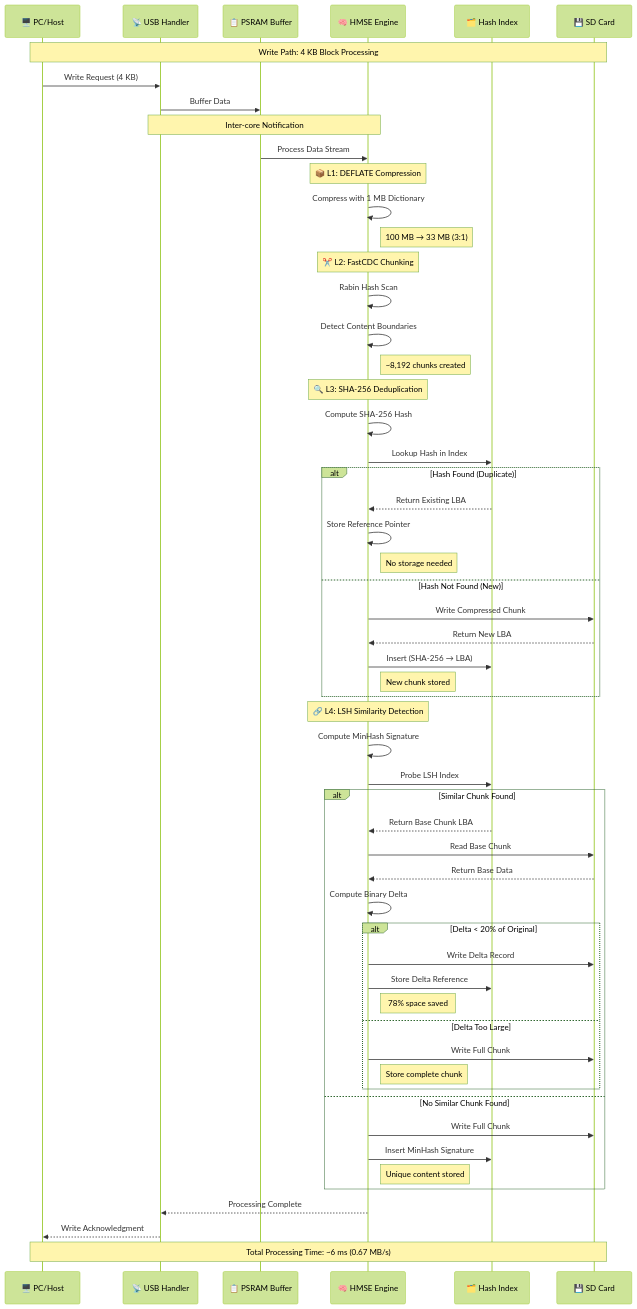
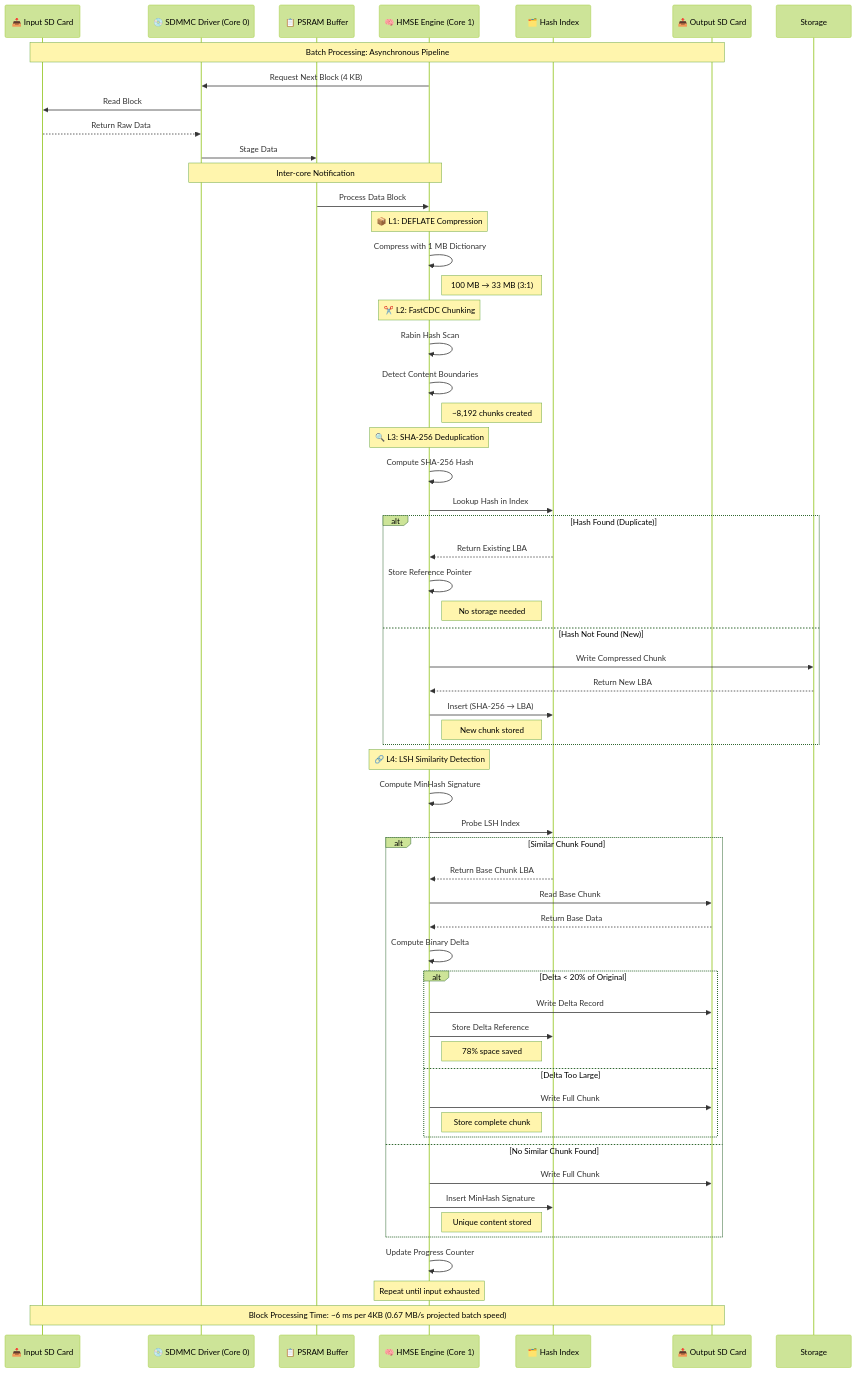
Before and after one commit to 1Jamie/HMSE: the fourth of 5 diagrams in README.md, drawn with Mermaid (forest theme). The commit also changed other lines of this file and 5 other files, not shown here.

````diff
--- a/README.md
+++ b/README.md
@@ -855,75 +1507,77 @@
 ```mermaid
 sequenceDiagram
-    participant Host as 🖥️ PC/Host
-    participant USB as 📡 USB Handler
+    participant SD_In as 📥 Input SD Card
+    participant SDMMC as 💿 SDMMC Driver (Core 0)
     participant Buffer as 📋 PSRAM Buffer
-    participant Engine as 🧠 HMSE Engine
+    participant Engine as 🧠 HMSE Engine (Core 1)
     participant Index as 🗂️ Hash Index
-    participant Storage as 💾 SD Card
+    participant SD_Out as 📤 Output SD Card
 
-    Note over Host,Storage: Write Path: 4 KB Block Processing
+    Note over SD_In,SD_Out: Batch Processing: Asynchronous Pipeline
 
-    %% Initial Data Transfer
-    Host->>USB: Write Request (4 KB)
-    USB->>Buffer: Buffer Data
-    Note over USB,Engine: Inter-core Notification
-    Buffer->>Engine: Process Data Stream
+    %% Initial Data Read - System Initiated
+    Engine->>SDMMC: Request Next Block (4 KB)
+    SDMMC->>SD_In: Read Block
+    SD_In-->>SDMMC: Return Raw Data
+    SDMMC->>Buffer: Stage Data
+    Note over SDMMC,Engine: Inter-core Notification
+    Buffer->>Engine: Process Data Block
 
     %% Layer 1: Compression
     Note over Engine: 📦 L1: DEFLATE Compression
     Engine->>Engine: Compress with 1 MB Dictionary
     Note right of Engine: 100 MB → 33 MB (3:1)
 
     %% Layer 2: Chunking  
     Note over Engine: ✂️ L2: FastCDC Chunking
     Engine->>Engine: Rabin Hash Scan
     Engine->>Engine: Detect Content Boundaries
     Note right of Engine: ~8,192 chunks created
 
     %% Layer 3: Exact Deduplication
     Note over Engine: 🔍 L3: SHA-256 Deduplication
     Engine->>Engine: Compute SHA-256 Hash
     Engine->>Index: Lookup Hash in Index
     
     alt Hash Found (Duplicate)
         Index-->>Engine: Return Existing LBA
         Engine->>Engine: Store Reference Pointer
         Note right of Engine: No storage needed
     else Hash Not Found (New)
         Engine->>Storage: Write Compressed Chunk
         Storage-->>Engine: Return New LBA
         Engine->>Index: Insert (SHA-256 → LBA)
         Note right of Engine: New chunk stored
     end
 
     %% Layer 4: Similarity Detection
     Note over Engine: 🔗 L4: LSH Similarity Detection
     Engine->>Engine: Compute MinHash Signature
     Engine->>Index: Probe LSH Index
     
     alt Similar Chunk Found
         Index-->>Engine: Return Base Chunk LBA
-        Engine->>Storage: Read Base Chunk
-        Storage-->>Engine: Return Base Data
+        Engine->>SD_Out: Read Base Chunk
+        SD_Out-->>Engine: Return Base Data
         Engine->>Engine: Compute Binary Delta
         
         alt Delta < 20% of Original
-            Engine->>Storage: Write Delta Record
+            Engine->>SD_Out: Write Delta Record
             Engine->>Index: Store Delta Reference
             Note right of Engine: 78% space saved
         else Delta Too Large
-            Engine->>Storage: Write Full Chunk
+            Engine->>SD_Out: Write Full Chunk
             Note right of Engine: Store complete chunk
         end
     else No Similar Chunk Found
-        Engine->>Storage: Write Full Chunk
+        Engine->>SD_Out: Write Full Chunk
         Engine->>Index: Insert MinHash Signature
         Note right of Engine: Unique content stored
     end
 
-    %% Completion
-    Engine-->>USB: Processing Complete
-    USB-->>Host: Write Acknowledgment
+    %% Completion and Loop
+    Engine->>Engine: Update Progress Counter
+    Note over Engine: Repeat until input exhausted
     
-    Note over Host,Storage: Total Processing Time: ~6 ms (0.67 MB/s)
+    Note over SD_In,SD_Out: Block Processing Time: ~6 ms per 4KB (0.67 MB/s projected batch speed)
 ```
````
